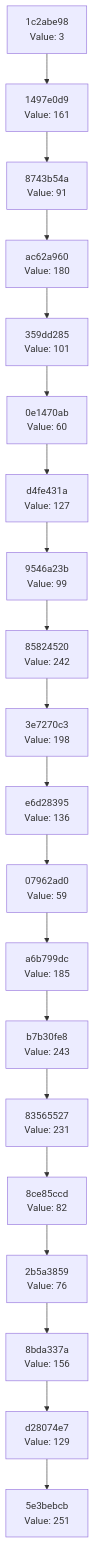
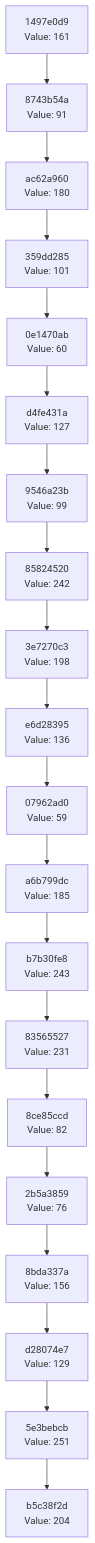
One commit to Abhisheksinha1506/hash-chain-evolver changed the diagram in docs/CHAIN_VISUALIZATION.md. Above: the diagram before and after it, drawn with Mermaid. The commit also changed 3 other files, not shown here.

````diff
--- a/docs/CHAIN_VISUALIZATION.md
+++ b/docs/CHAIN_VISUALIZATION.md
@@ -3,42 +3,42 @@
 ```mermaid
 graph TD
-    C0["5e3bebcb<br/>Value: 251"]
-    C1["d28074e7<br/>Value: 129"]
+    C0["b5c38f2d<br/>Value: 204"]
+    C1["5e3bebcb<br/>Value: 251"]
     C1 --> C0
-    C2["8bda337a<br/>Value: 156"]
+    C2["d28074e7<br/>Value: 129"]
     C2 --> C1
-    C3["2b5a3859<br/>Value: 76"]
+    C3["8bda337a<br/>Value: 156"]
     C3 --> C2
-    C4["8ce85ccd<br/>Value: 82"]
+    C4["2b5a3859<br/>Value: 76"]
     C4 --> C3
-    C5["83565527<br/>Value: 231"]
+    C5["8ce85ccd<br/>Value: 82"]
     C5 --> C4
-    C6["b7b30fe8<br/>Value: 243"]
+    C6["83565527<br/>Value: 231"]
     C6 --> C5
-    C7["a6b799dc<br/>Value: 185"]
+    C7["b7b30fe8<br/>Value: 243"]
     C7 --> C6
-    C8["07962ad0<br/>Value: 59"]
+    C8["a6b799dc<br/>Value: 185"]
     C8 --> C7
-    C9["e6d28395<br/>Value: 136"]
+    C9["07962ad0<br/>Value: 59"]
     C9 --> C8
-    C10["3e7270c3<br/>Value: 198"]
+    C10["e6d28395<br/>Value: 136"]
     C10 --> C9
-    C11["85824520<br/>Value: 242"]
+    C11["3e7270c3<br/>Value: 198"]
     C11 --> C10
-    C12["9546a23b<br/>Value: 99"]
+    C12["85824520<br/>Value: 242"]
     C12 --> C11
-    C13["d4fe431a<br/>Value: 127"]
+    C13["9546a23b<br/>Value: 99"]
     C13 --> C12
-    C14["0e1470ab<br/>Value: 60"]
+    C14["d4fe431a<br/>Value: 127"]
     C14 --> C13
-    C15["359dd285<br/>Value: 101"]
+    C15["0e1470ab<br/>Value: 60"]
     C15 --> C14
-    C16["ac62a960<br/>Value: 180"]
+    C16["359dd285<br/>Value: 101"]
     C16 --> C15
-    C17["8743b54a<br/>Value: 91"]
+    C17["ac62a960<br/>Value: 180"]
     C17 --> C16
-    C18["1497e0d9<br/>Value: 161"]
+    C18["8743b54a<br/>Value: 91"]
     C18 --> C17
-    C19["1c2abe98<br/>Value: 3"]
+    C19["1497e0d9<br/>Value: 161"]
     C19 --> C18
 ```
````
